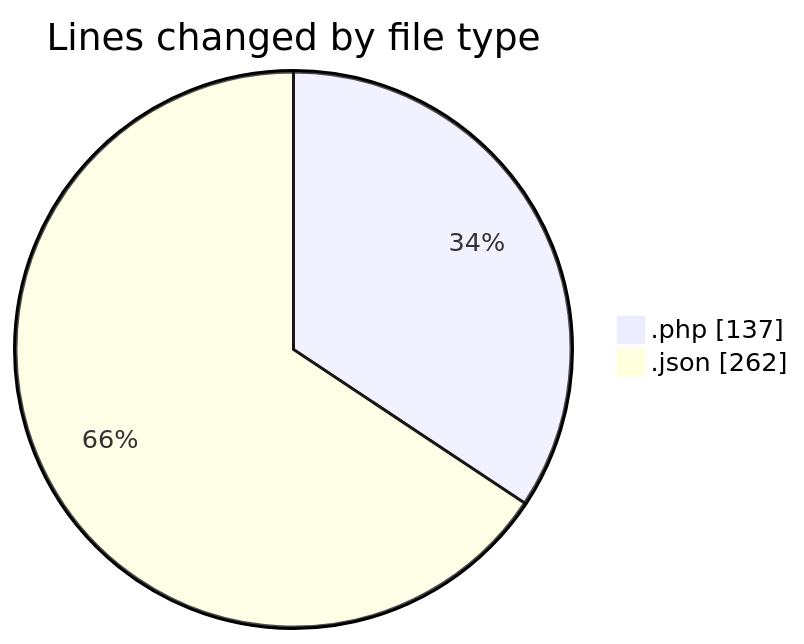
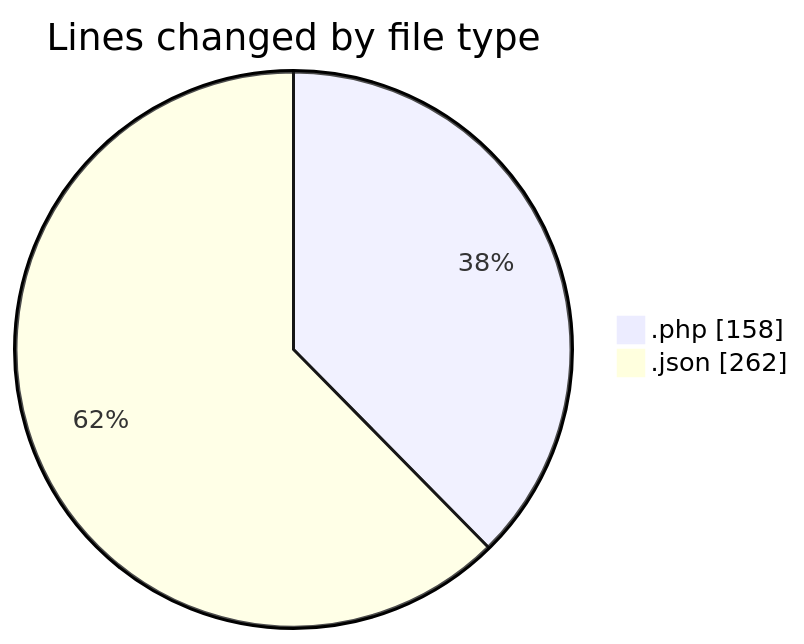
One commit to idhammustaqopulfikri/code-tracking changed the first of 2 diagrams in 2025-11-01/futsal_rekomendasi/README.md. Above: the diagram before and after it, drawn with Mermaid. The commit also changed other lines of this file and 1 other file, not shown here.

````diff
--- a/2025-11-01/futsal_rekomendasi/README.md
+++ b/2025-11-01/futsal_rekomendasi/README.md
@@ -26,6 +27,6 @@
 ```mermaid
 pie showData
 title Lines changed by file type
-".php" : 137
+".php" : 158
 ".json" : 262
 ```
````
